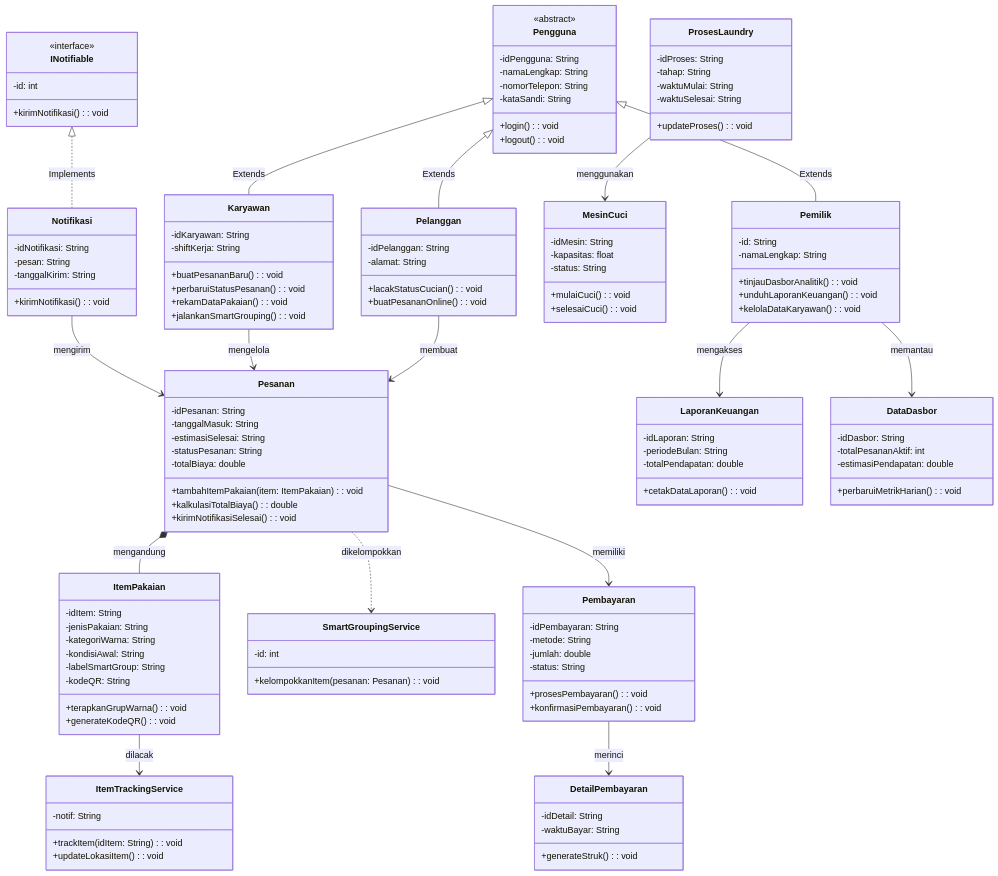
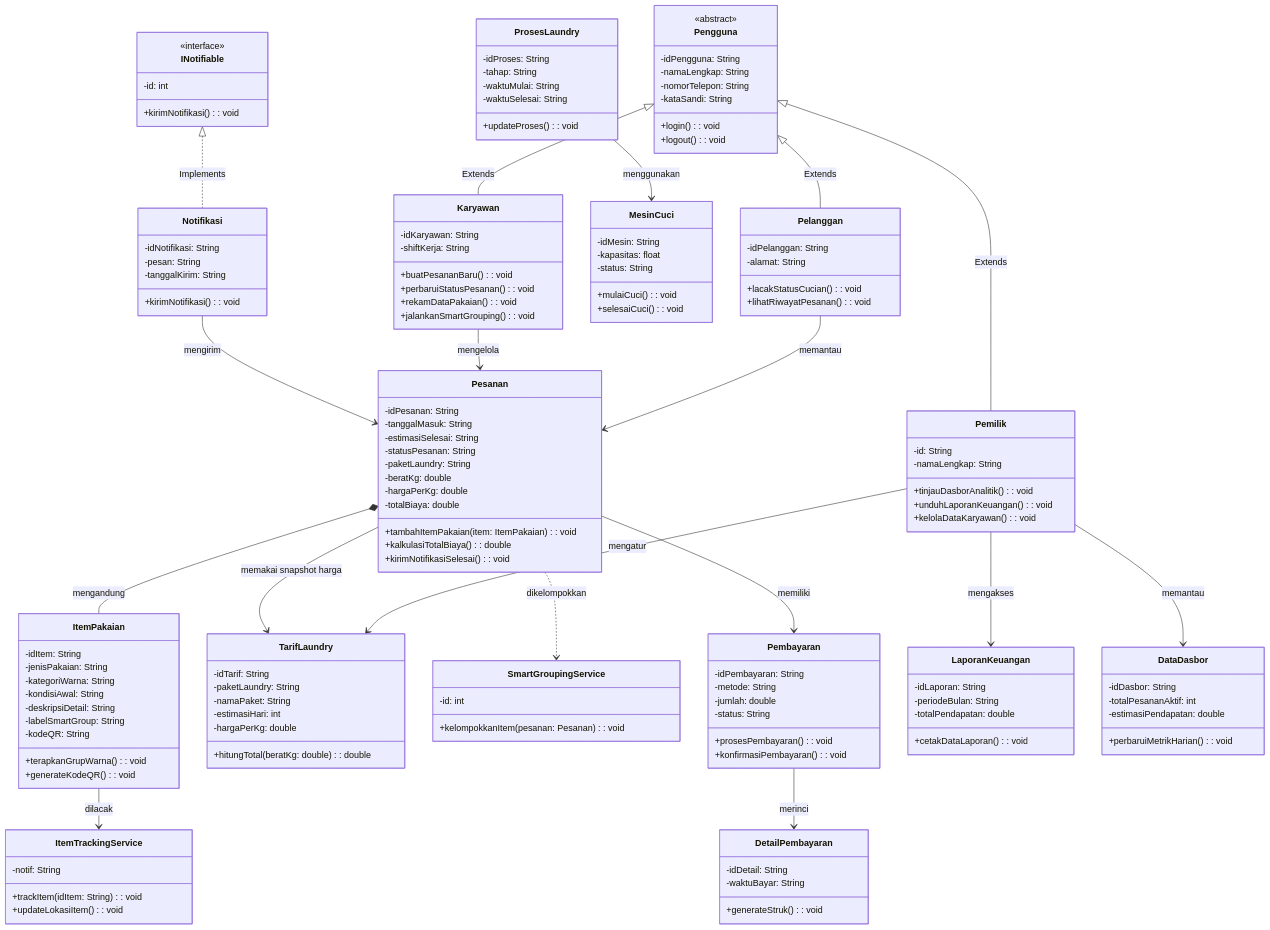
One commit to Mozartzx/silaundry changed the diagram in README.md. Above: the diagram before and after it, drawn with Mermaid. The commit also changed other lines of this file and 20 other files, not shown here.

```diff
--- a/README.md
+++ b/README.md
@@ -62,7 +62,7 @@
         -idPelanggan: String
         -alamat: String
         +lacakStatusCucian(): void
-        +buatPesananOnline(): void
+        +lihatRiwayatPesanan(): void
     }
 
     class Karyawan {
@@ -88,6 +88,9 @@
         -tanggalMasuk: String
         -estimasiSelesai: String
         -statusPesanan: String
+        -paketLaundry: String
+        -beratKg: double
+        -hargaPerKg: double
         -totalBiaya: double
         +tambahItemPakaian(item: ItemPakaian): void
         +kalkulasiTotalBiaya(): double
@@ -99,10 +102,20 @@
         -jenisPakaian: String
         -kategoriWarna: String
         -kondisiAwal: String
+        -deskripsiDetail: String
         -labelSmartGroup: String
         -kodeQR: String
         +terapkanGrupWarna(): void
         +generateKodeQR(): void
+    }
+
+    class TarifLaundry {
+        -idTarif: String
+        -paketLaundry: String
+        -namaPaket: String
+        -estimasiHari: int
+        -hargaPerKg: double
+        +hitungTotal(beratKg: double): double
     }
 
     class ProsesLaundry {
@@ -187,12 +200,14 @@
     INotifiable <|.. Notifikasi : Implements
 
     %% Relationships - Associations (dari gambar)
-    Pelanggan --> Pesanan : membuat
+    Pelanggan --> Pesanan : memantau
     Karyawan --> Pesanan : mengelola
+    Pemilik --> TarifLaundry : mengatur
     Pemilik --> LaporanKeuangan : mengakses
     Pemilik --> DataDasbor : memantau
 
     %% Relationships - Core Business
+    Pesanan --> TarifLaundry : memakai snapshot harga
     Pesanan *-- ItemPakaian : mengandung
     Pesanan --> Pembayaran : memiliki
     Notifikasi --> Pesanan : mengirim
```
